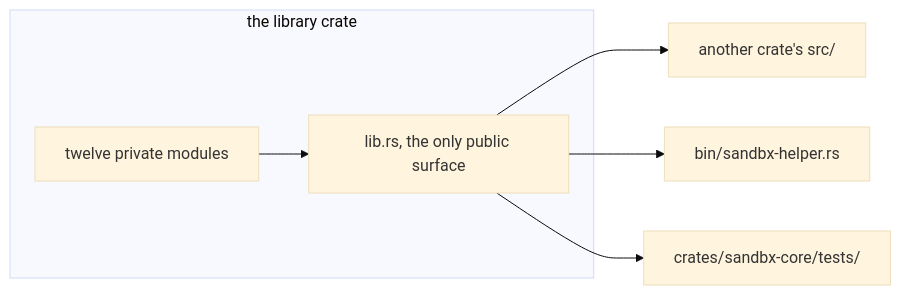
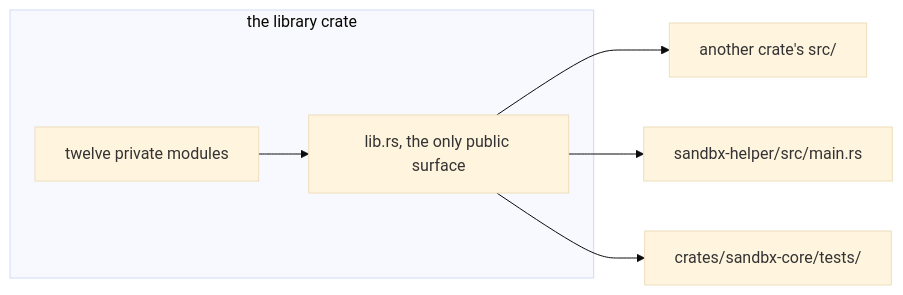
Before and after one commit to danczw/sandbx: the first of 2 diagrams in context/onboarding/18-crate-core.md, drawn with Mermaid (base theme). The commit also changed other lines of this file and 33 other files, not shown here.

````diff
--- a/context/onboarding/18-crate-core.md
+++ b/context/onboarding/18-crate-core.md
@@ -101,9 +101,9 @@
 ```mermaid
 flowchart LR
     subgraph lib["the library crate"]
         M["twelve private modules"] --> L["lib.rs, the only public surface"]
     end
     L --> O["another crate's src/"]
-    L --> H["bin/sandbx-helper.rs"]
+    L --> H["sandbx-helper/src/main.rs"]
     L --> T["crates/sandbx-core/tests/"]
 ```
````
